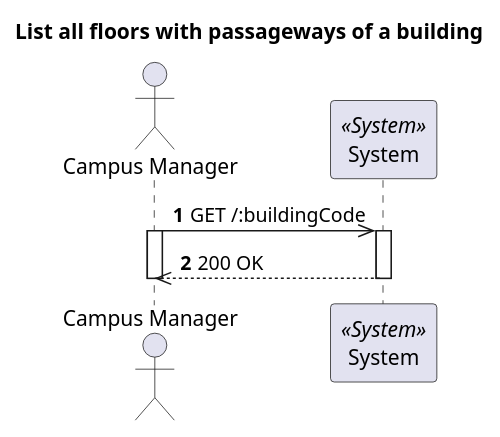
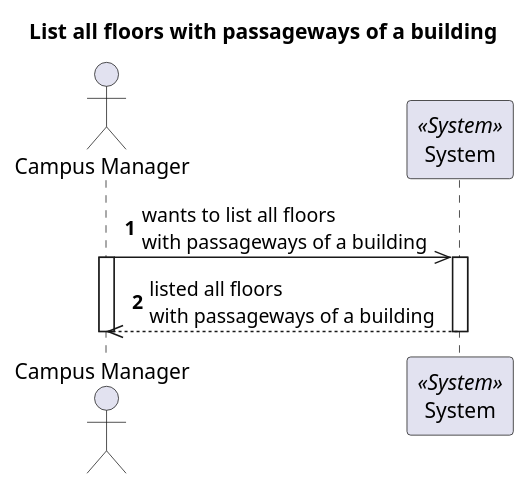
Before and after one commit to 1210910/lapr5: the diagram in docs/VistaProcesso/US220(1200)/ProcessView_Level1_US220_1200.puml, drawn with PlantUML. The commit also changed 14 other files, not shown here.

Commit message:
Fixed diagrams (communication user/system)

```diff
--- a/docs/VistaProcesso/US220(1200)/ProcessView_Level1_US220_1200.puml
+++ b/docs/VistaProcesso/US220(1200)/ProcessView_Level1_US220_1200.puml
@@ -1,22 +1,22 @@
 @startuml
 'https://plantuml.com/sequence-diagram
 
 autonumber
 skinparam packageStyle rect
 
 title List all floors with passageways of a building
 
 actor "Campus Manager" as CM
 participant "System" as Sys <<System>>
 
-CM->> Sys : GET /:buildingCode
+CM->> Sys : wants to list all floors \nwith passageways of a building
 
 activate CM
 activate Sys
 
-CM<<--Sys : 200 OK
+CM<<--Sys : listed all floors \nwith passageways of a building
 
 deactivate Sys
 deactivate CM
 
 @enduml
```
